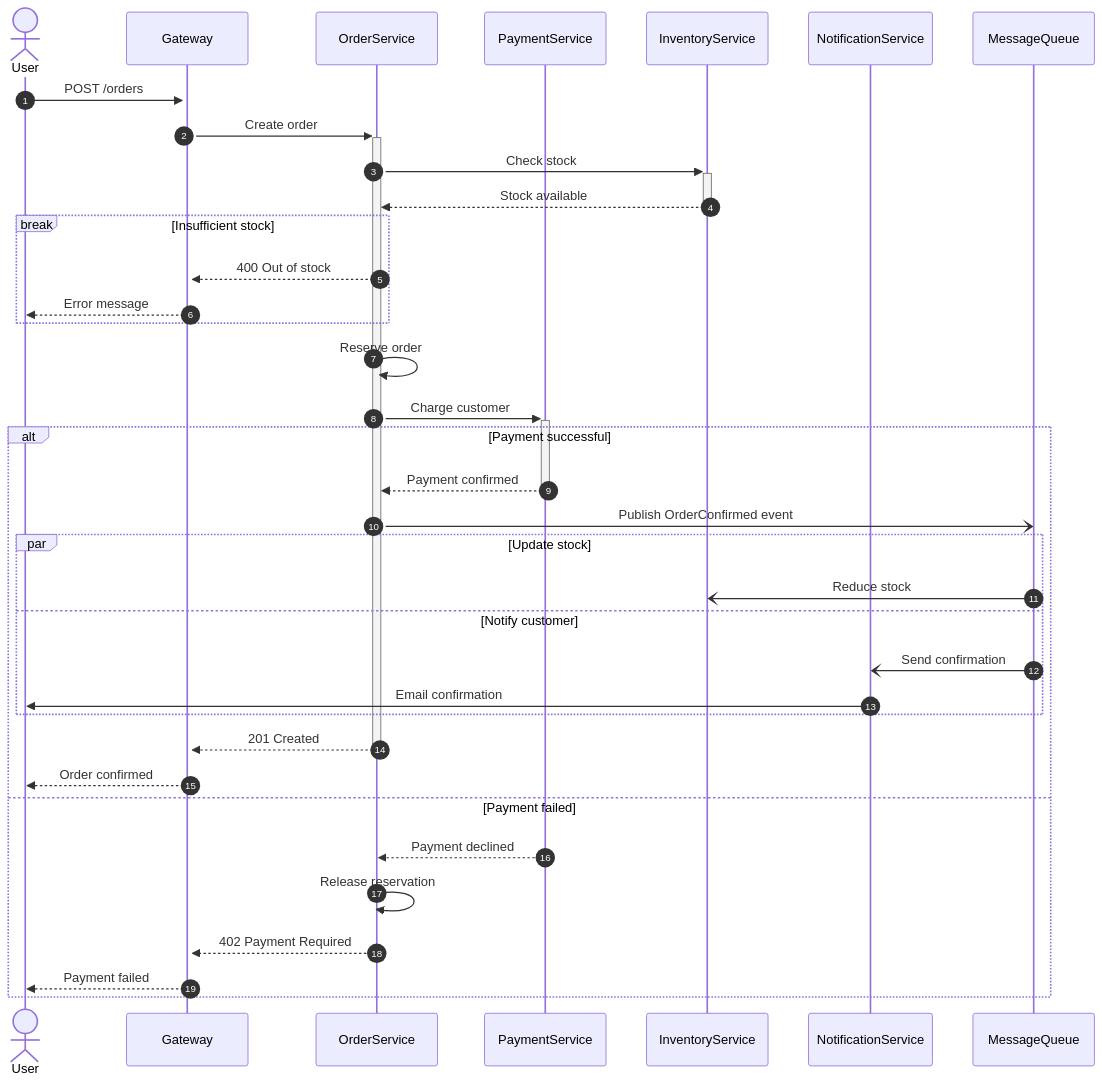
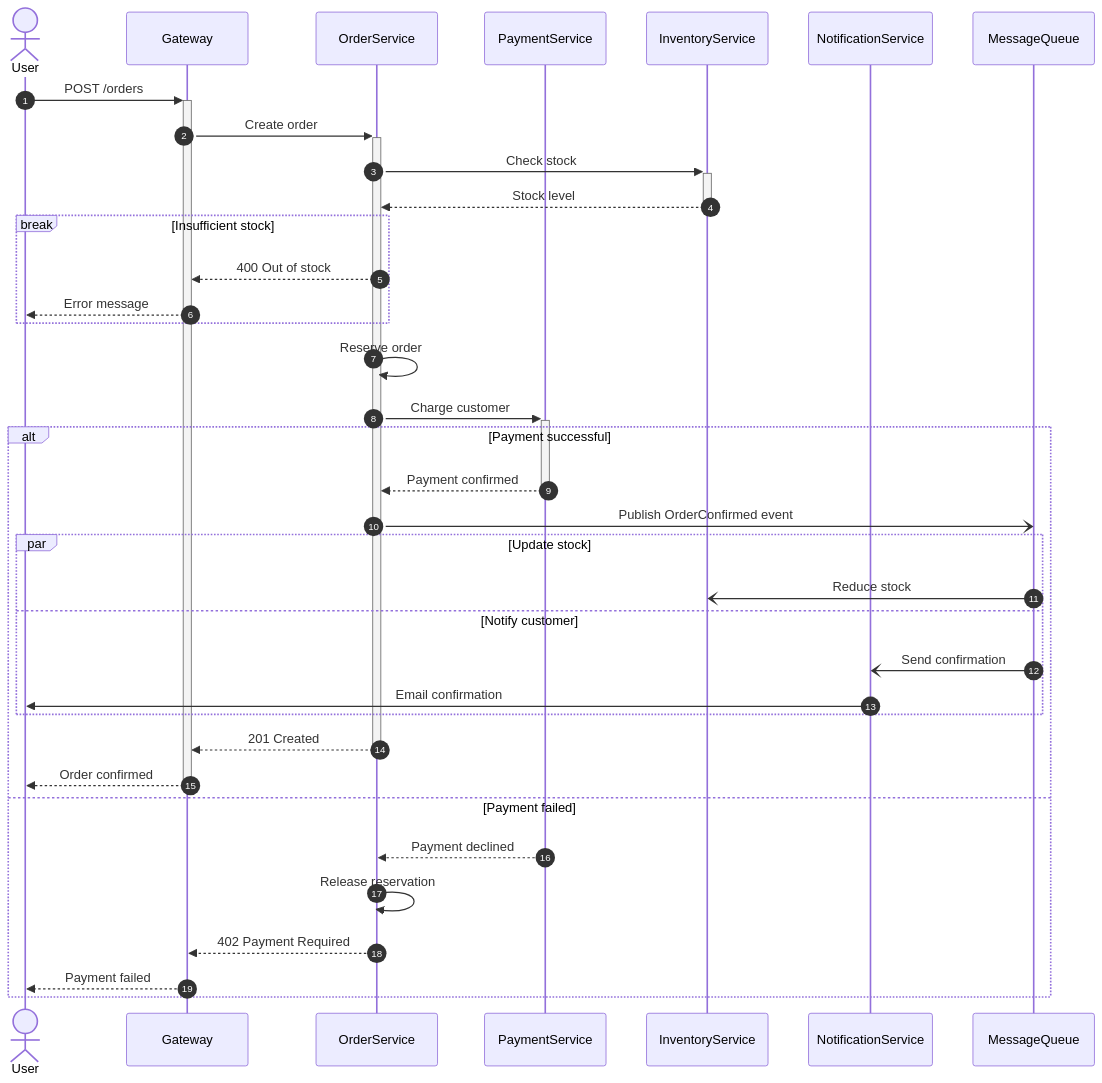
One commit to costa-marcello/repertoire changed diagram 21 of 21 in skills/mermaid-diagrams/references/sequence-diagrams.md. Above: the diagram before and after it, drawn with Mermaid. The commit also changed 57 other files, not shown here.

````diff
--- a/skills/mermaid-diagrams/references/sequence-diagrams.md
+++ b/skills/mermaid-diagrams/references/sequence-diagrams.md
@@ -407,45 +407,45 @@
 ```mermaid
 sequenceDiagram
     autonumber
     actor User
     participant Gateway
     participant OrderService
     participant PaymentService
     participant InventoryService
     participant NotificationService
     participant MessageQueue
 
     User->>+Gateway: POST /orders
     Gateway->>+OrderService: Create order
 
     OrderService->>+InventoryService: Check stock
-    InventoryService-->>-OrderService: Stock available
+    InventoryService-->>-OrderService: Stock level
 
     break Insufficient stock
         OrderService-->>Gateway: 400 Out of stock
         Gateway-->>User: Error message
     end
 
     OrderService->>OrderService: Reserve order
     OrderService->>+PaymentService: Charge customer
 
     alt Payment successful
         PaymentService-->>-OrderService: Payment confirmed
         OrderService-)MessageQueue: Publish OrderConfirmed event
 
         par Update stock
             MessageQueue-)InventoryService: Reduce stock
         and Notify customer
             MessageQueue-)NotificationService: Send confirmation
             NotificationService->>User: Email confirmation
         end
 
         OrderService-->>-Gateway: 201 Created
-        Gateway-->>User: Order confirmed
+        Gateway-->>-User: Order confirmed
     else Payment failed
         PaymentService-->>OrderService: Payment declined
         OrderService->>OrderService: Release reservation
         OrderService-->>Gateway: 402 Payment Required
         Gateway-->>User: Payment failed
     end
 ```
````
